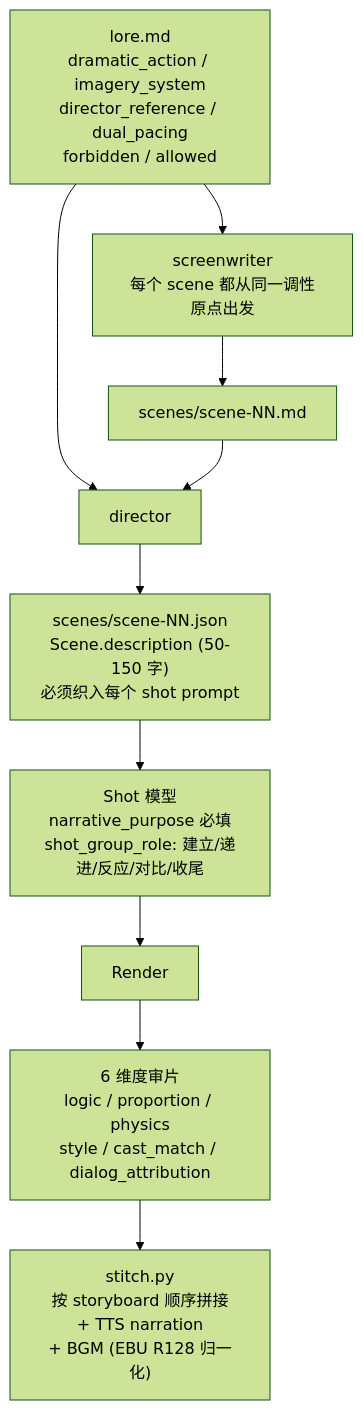
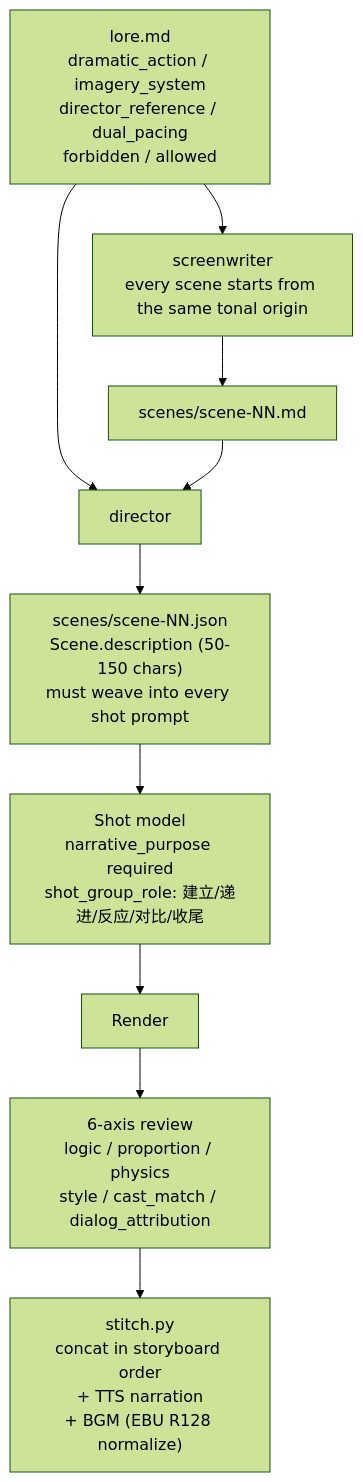
The third of 6 diagrams in docs/architecture.md (JohnKeating1997/spark-video), drawn with Mermaid (forest theme) before and after one commit. The commit also changed other lines of this file and 32 other files, not shown here.

````diff
--- a/docs/architecture.md
+++ b/docs/architecture.md
@@ -262,13 +262,13 @@
 ```mermaid
 flowchart TB
     Lore["lore.md<br/>dramatic_action / imagery_system<br/>director_reference / dual_pacing<br/>forbidden / allowed"]
-    Lore --> SW[screenwriter<br/>每个 scene 都从同一调性原点出发]
+    Lore --> SW[screenwriter<br/>every scene starts from the same tonal origin]
     Lore --> DIR[director]
     SW --> SceneMD[scenes/scene-NN.md]
     SceneMD --> DIR
-    DIR --> SceneJSON["scenes/scene-NN.json<br/>Scene.description (50-150 字)<br/>必须织入每个 shot prompt"]
-    SceneJSON --> Shot["Shot 模型<br/>narrative_purpose 必填<br/>shot_group_role: 建立/递进/反应/对比/收尾"]
+    DIR --> SceneJSON["scenes/scene-NN.json<br/>Scene.description (50-150 chars)<br/>must weave into every shot prompt"]
+    SceneJSON --> Shot["Shot model<br/>narrative_purpose required<br/>shot_group_role: 建立/递进/反应/对比/收尾"]
     Shot --> Render
-    Render --> Review["6 维度审片<br/>logic / proportion / physics<br/>style / cast_match / dialog_attribution"]
-    Review --> Stitch["stitch.py<br/>按 storyboard 顺序拼接<br/>+ TTS narration<br/>+ BGM (EBU R128 归一化)"]
+    Render --> Review["6-axis review<br/>logic / proportion / physics<br/>style / cast_match / dialog_attribution"]
+    Review --> Stitch["stitch.py<br/>concat in storyboard order<br/>+ TTS narration<br/>+ BGM (EBU R128 normalize)"]
 ```
````
